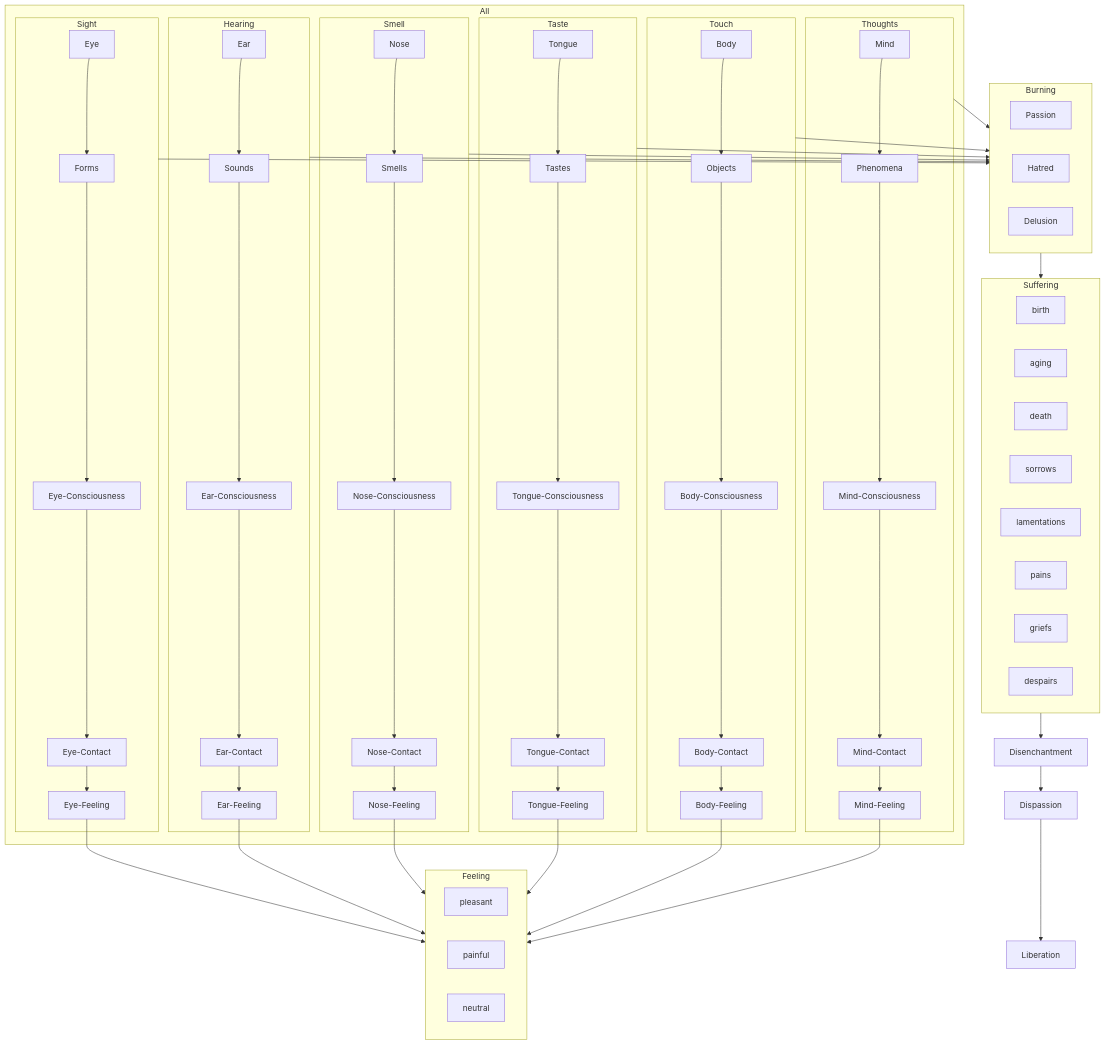
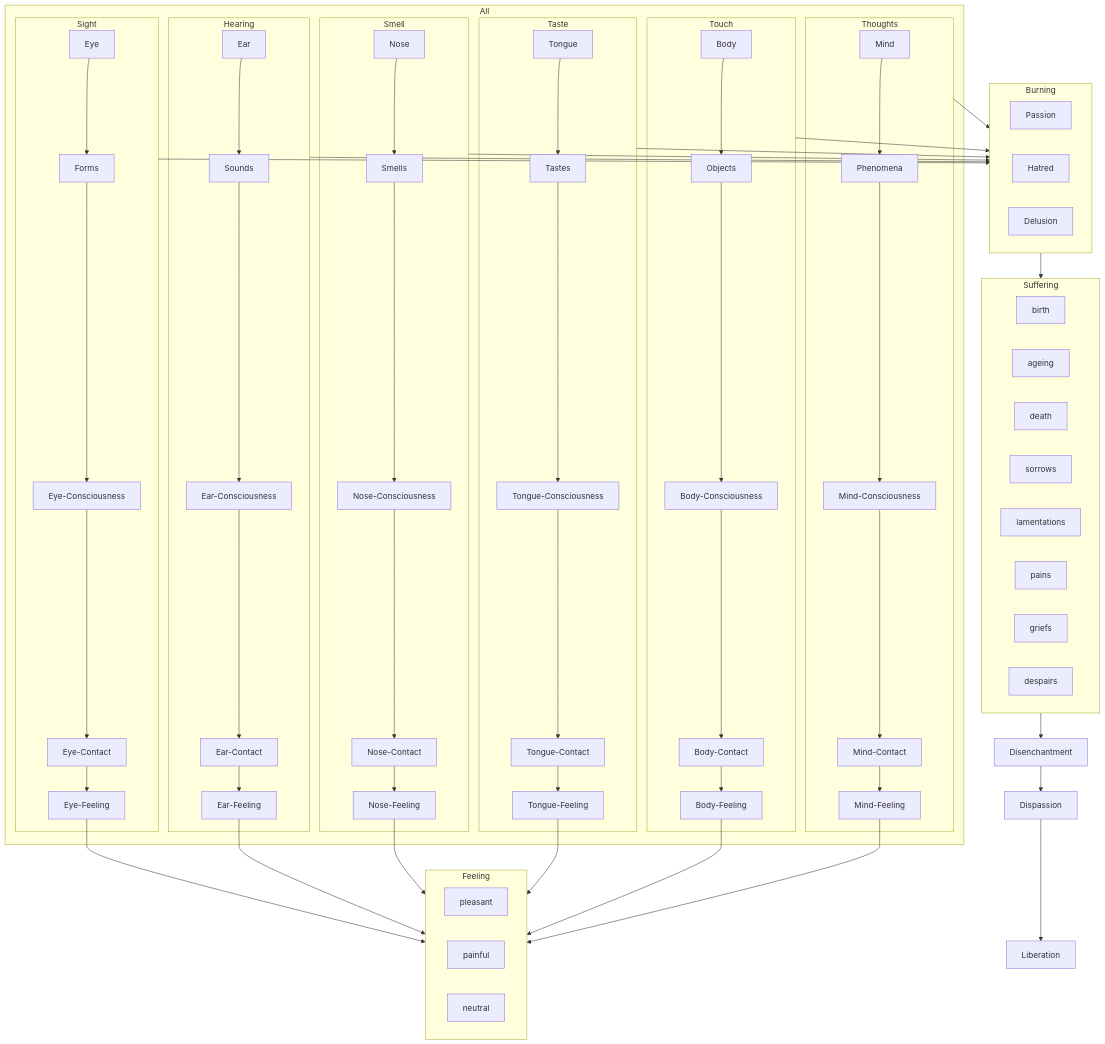
Before and after one commit to tidipa/tidipa.github.io: diagram 16 of 16 in src/content/docs/khandhaka/1-12.mdx, drawn with Mermaid. The commit also changed other lines of this file and 48 other files, not shown here.

````diff
--- a/src/content/docs/khandhaka/1-12.mdx
+++ b/src/content/docs/khandhaka/1-12.mdx
@@ -316,46 +316,46 @@
 ```mermaid
 graph
 subgraph All
 	subgraph Sight
 		Eye --> Forms --> Eye-Consciousness --> Eye-Contact --> Eye-Feeling
 	end
 	subgraph Hearing
 		Ear --> Sounds --> Ear-Consciousness --> Ear-Contact --> Ear-Feeling
 	end
 	subgraph Smell
 		Nose --> Smells --> Nose-Consciousness --> Nose-Contact --> Nose-Feeling
 	end	
 	subgraph Taste
 		Tongue --> Tastes --> Tongue-Consciousness --> Tongue-Contact --> Tongue-Feeling
 	end
 	subgraph Touch
 		Body --> Objects --> Body-Consciousness --> Body-Contact --> Body-Feeling
 	end
 	subgraph Thoughts
 		Mind --> Phenomena --> Mind-Consciousness --> Mind-Contact --> Mind-Feeling
 	end
 end
 	Eye-Feeling & Ear-Feeling & Nose-Feeling & Tongue-Feeling & Body-Feeling & Mind-Feeling --> Feeling
 	subgraph Feeling
 		pleasant
 		painful
 		neutral
 	end
 	Sight & Hearing & Smell & Taste & Touch & Thoughts --> B --> Suffering
 	subgraph B[Burning]
 		Passion
 		Hatred
 		Delusion
 	end
 	subgraph Suffering
 		birth
-		aging
+		aging[ageing]
 		death
 		sorrows
 		lamentations
 		pains
 		griefs
 		despairs
 	end
 Suffering --> Disenchantment --> Dispassion --> Liberation
 ```
````
